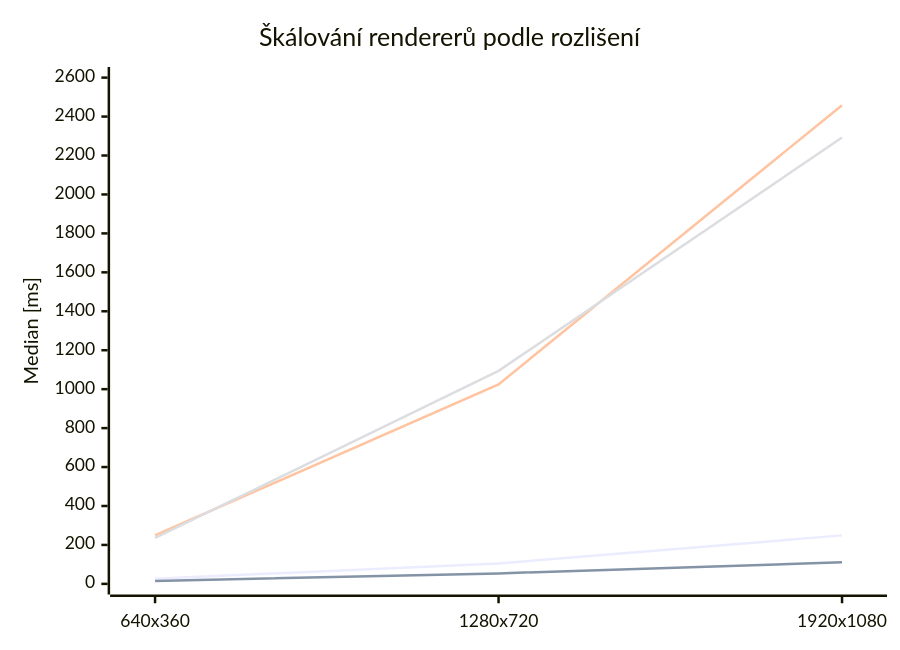
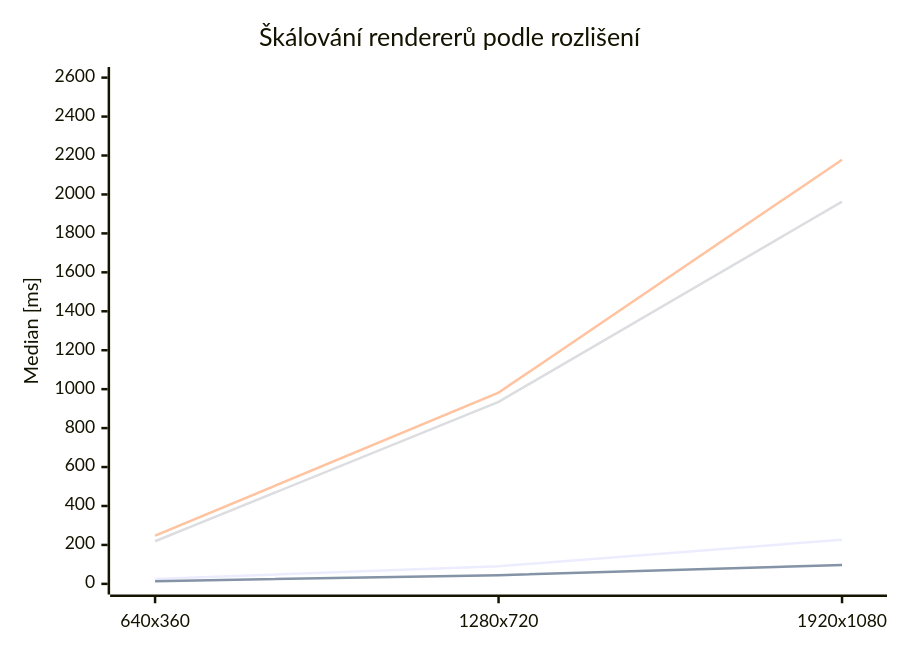
The first of 10 diagrams in README.md (Esperosa/3D-Renderer-Josefina---PGR2), drawn with Mermaid before and after one commit. The commit also changed other lines of this file and 22 other files, not shown here.

````diff
--- a/README.md
+++ b/README.md
@@ -124,10 +124,10 @@
 ```mermaid
 xychart-beta
     title "Škálování rendererů podle rozlišení"
     x-axis ["640x360", "1280x720", "1920x1080"]
     y-axis "Median [ms]" 0 --> 2600
-    line "Raster / PHONG" [26.73, 104.51, 249.08]
-    line "Temporal Noise" [15.37, 53.91, 110.76]
-    line "Ray Tracing" [249.61, 1024.48, 2458.42]
-    line "Path Tracing" [236.12, 1093.80, 2292.67]
+    line "Raster / PHONG" [25.48, 90.35, 226.88]
+    line "Temporal Noise" [14.02, 44.46, 96.66]
+    line "Ray Tracing" [247.42, 982.08, 2178.36]
+    line "Path Tracing" [218.92, 934.81, 1962.84]
 ```
````
